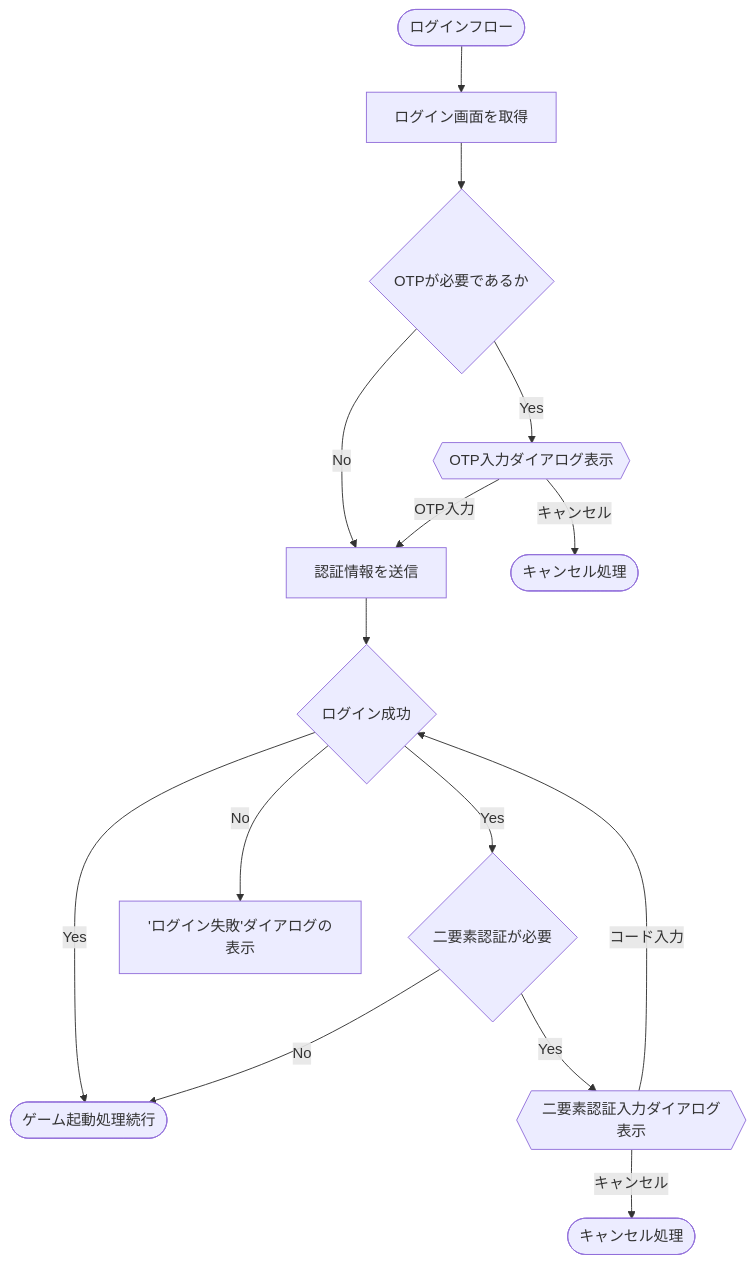
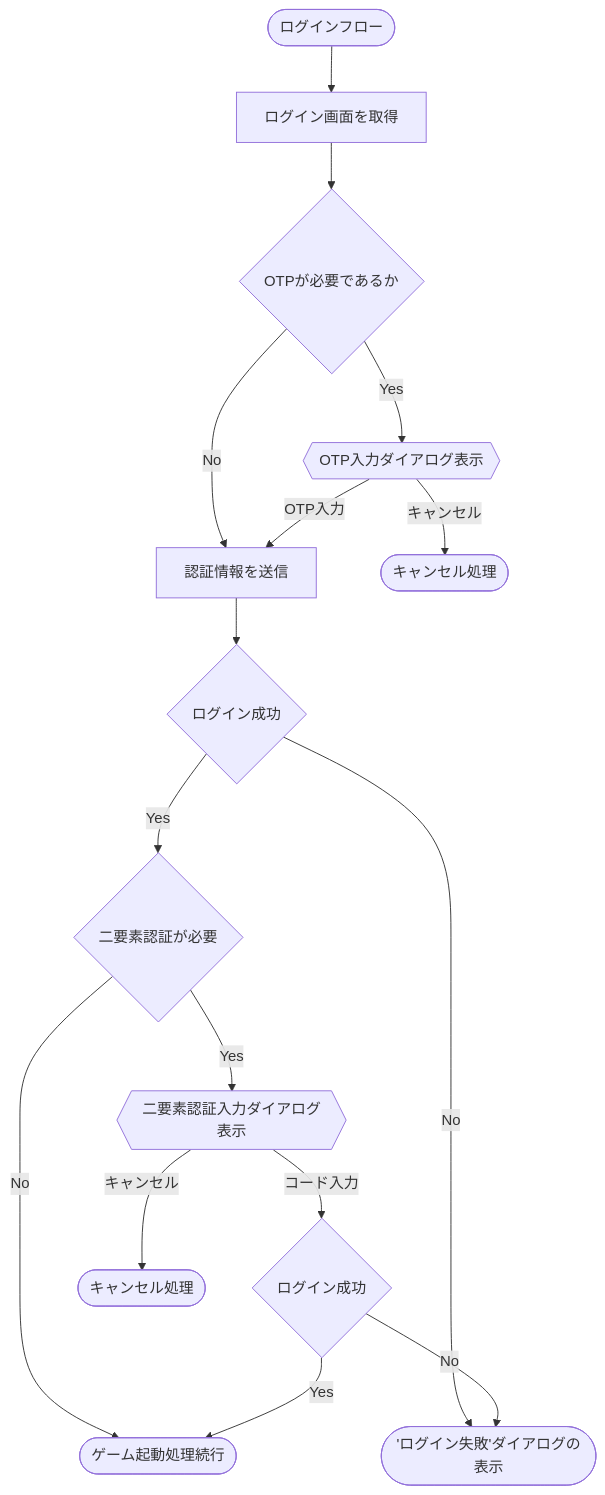
The third of 3 diagrams in README.ja-JP.md (anon5r/KsGameLauncher), drawn with Mermaid before and after one commit. The commit also changed other lines of this file and 1 other file, not shown here.

Commit message:
Update document

````diff
--- a/README.ja-JP.md
+++ b/README.ja-JP.md
@@ -62,18 +132,18 @@
 ```mermaid
   flowchart TD;
       Start([ログインフロー]) --> LoginScreen[ログイン画面を取得];
       LoginScreen --> ReqOTP{OTPが必要であるか};
       ReqOTP -- Yes --> OTP{{OTP入力ダイアログ表示}};
       ReqOTP -- No  --> SendLogin[認証情報を送信];
       OTP -- OTP入力 --> SendLogin;
       OTP -- キャンセル --> Cancel1([キャンセル処理]);
-      SendLogin --> IsSuccess{ログイン成功};
-      IsSuccess -- Yes --> 2FARes{二要素認証が必要};
-      IsSuccess -- No  --> LoginFail;
-      IsSuccess -- Yes --> Continue([ゲーム起動処理続行]);
+      SendLogin --> IsSuccess1{ログイン成功};
+      IsSuccess1 -- Yes --> 2FARes{二要素認証が必要};
+      IsSuccess1 -- No  --> LoginFail;
       2FARes -- Yes --> 2FA{{二要素認証入力ダイアログ表示}};
       2FARes -- No  --> Continue([ゲーム起動処理続行]);
-      2FA -- コード入力 --> IsSuccess{ログイン成功};
+      2FA -- コード入力 --> IsSuccess2{ログイン成功};
       2FA -- キャンセル --> Cancel2([キャンセル処理]);
-      LoginFail['ログイン失敗'ダイアログの表示];
+      IsSuccess2 -- Yes --> Continue([ゲーム起動処理続行]);
+      IsSuccess2 -- No --> LoginFail(['ログイン失敗'ダイアログの表示]);
 ```
````
